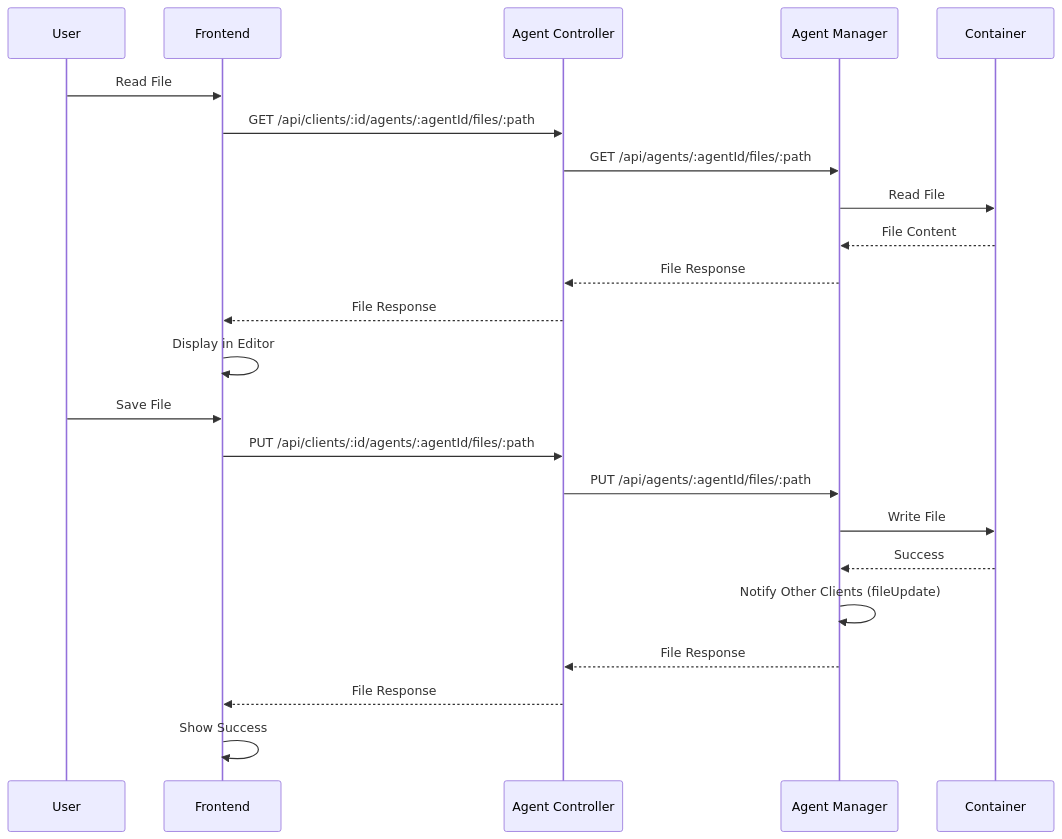
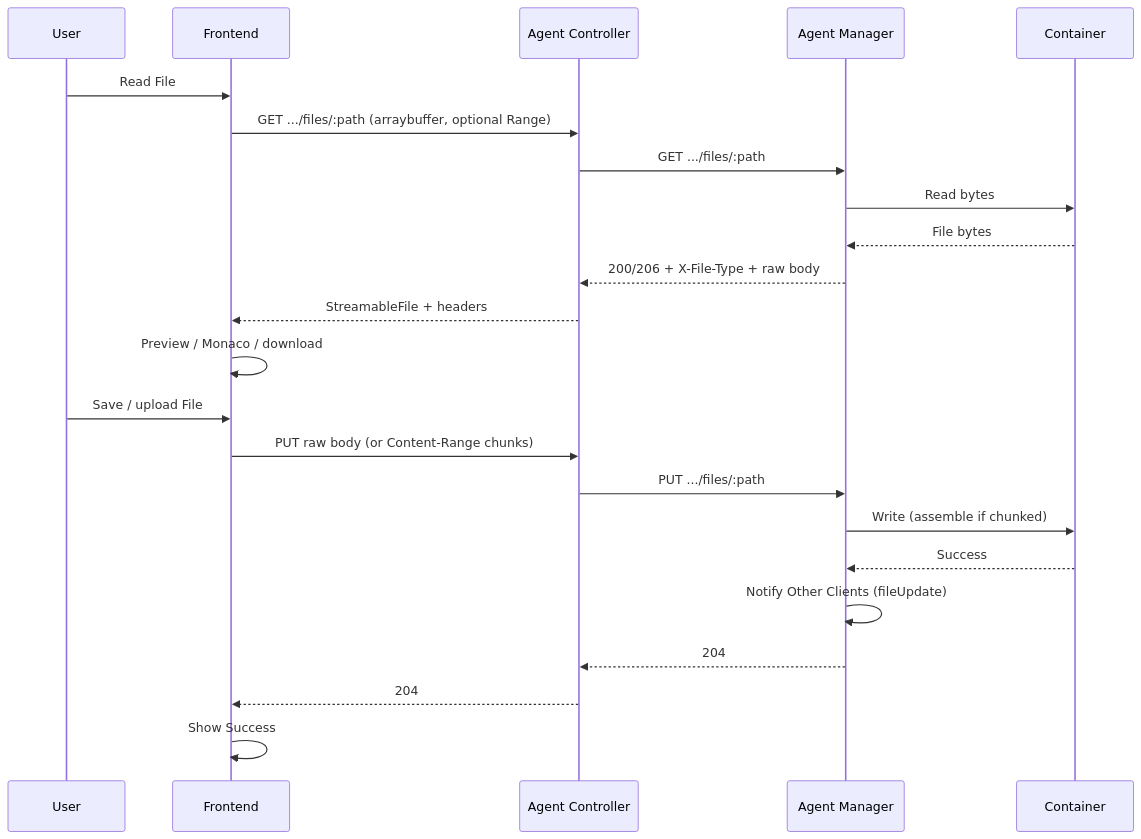
One commit to forepath/one changed the diagram in docs/agenstra/features/file-management.md. Above: the diagram before and after it, drawn with Mermaid. The commit also changed other lines of this file and 62 other files, not shown here.

First line of the commit message:
feat(agenstra): native file upload api (#630)

````diff
--- a/docs/agenstra/features/file-management.md
+++ b/docs/agenstra/features/file-management.md
@@ -77,27 +80,27 @@
 ```mermaid
 sequenceDiagram
     participant U as User
     participant F as Frontend
     participant AC as Agent Controller
     participant AM as Agent Manager
     participant C as Container
 
     U->>F: Read File
-    F->>AC: GET /api/clients/:id/agents/:agentId/files/:path
-    AC->>AM: GET /api/agents/:agentId/files/:path
-    AM->>C: Read File
-    C-->>AM: File Content
-    AM-->>AC: File Response
-    AC-->>F: File Response
-    F->>F: Display in Editor
+    F->>AC: GET .../files/:path (arraybuffer, optional Range)
+    AC->>AM: GET .../files/:path
+    AM->>C: Read bytes
+    C-->>AM: File bytes
+    AM-->>AC: 200/206 + X-File-Type + raw body
+    AC-->>F: StreamableFile + headers
+    F->>F: Preview / Monaco / download
 
-    U->>F: Save File
-    F->>AC: PUT /api/clients/:id/agents/:agentId/files/:path
-    AC->>AM: PUT /api/agents/:agentId/files/:path
-    AM->>C: Write File
+    U->>F: Save / upload File
+    F->>AC: PUT raw body (or Content-Range chunks)
+    AC->>AM: PUT .../files/:path
+    AM->>C: Write (assemble if chunked)
     C-->>AM: Success
     AM->>AM: Notify Other Clients (fileUpdate)
-    AM-->>AC: File Response
-    AC-->>F: File Response
+    AM-->>AC: 204
+    AC-->>F: 204
     F->>F: Show Success
 ```
````
